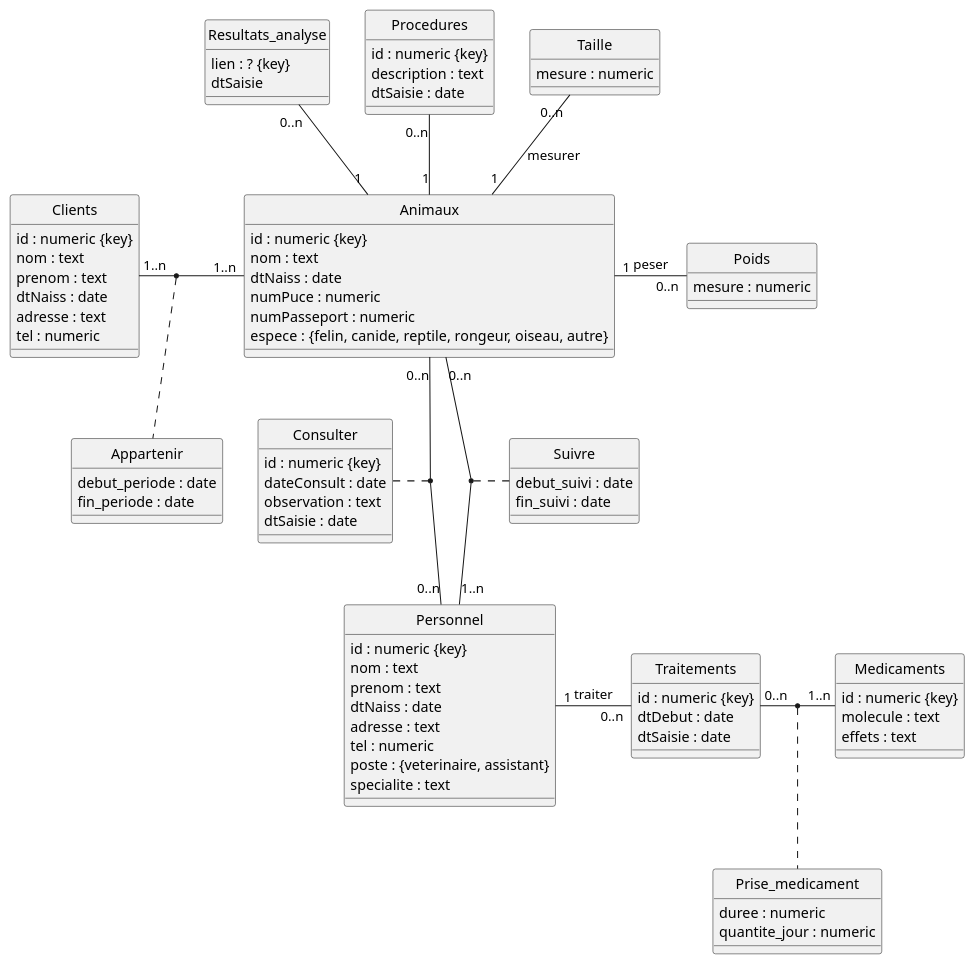
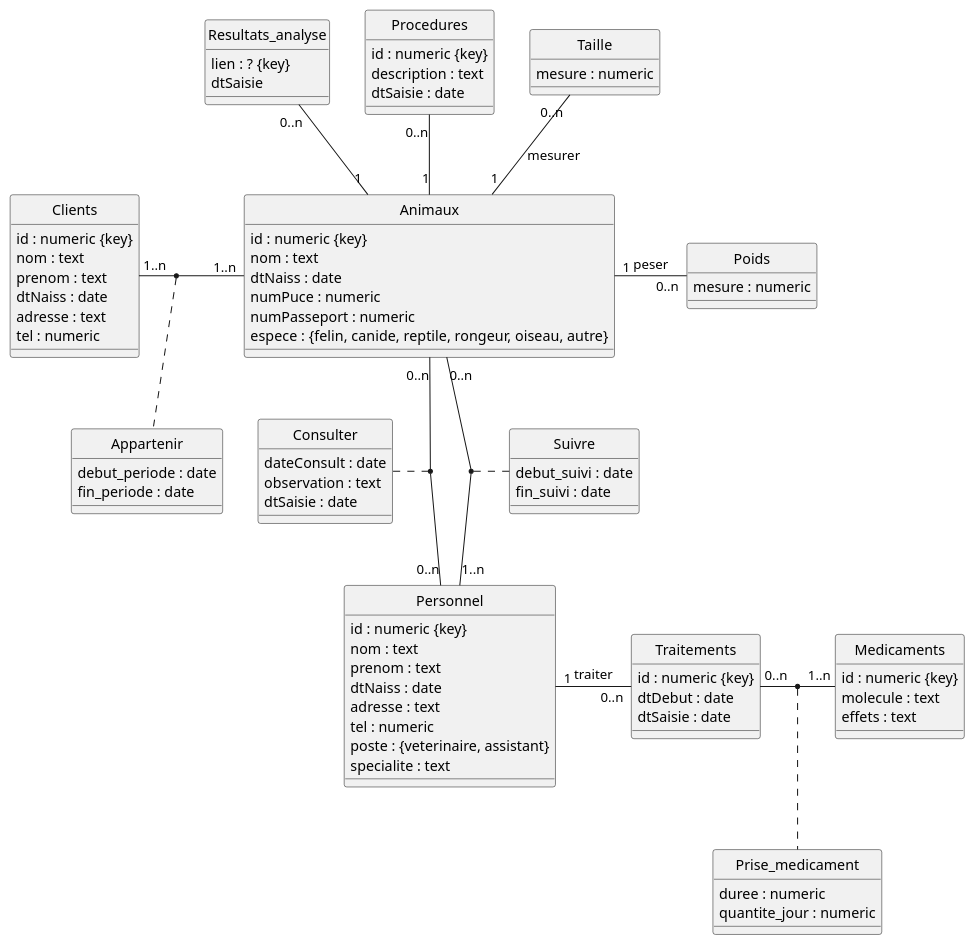
The diagram in veto.plantuml (pltheoclement/nf18v2), drawn with PlantUML before and after one commit.

```diff
--- a/veto.plantuml
+++ b/veto.plantuml
@@ -1,100 +1,99 @@
 @startuml
 hide circle
 
 class Animaux {
   id : numeric {key}
   nom : text
   dtNaiss : date
   numPuce : numeric
   numPasseport : numeric
   espece : {felin, canide, reptile, rongeur, oiseau, autre}
 }
 
 class Clients {
   id : numeric {key}
   nom : text
   prenom : text
   dtNaiss : date
   adresse : text
   tel : numeric
 }
 
 class Personnel {
   id : numeric {key}
   nom : text
   prenom : text
   dtNaiss : date
   adresse : text
   tel : numeric
   poste : {veterinaire, assistant}
   specialite : text
 }
 
 class Medicaments {
   id : numeric {key}
   molecule : text
   effets : text
 }
 
 class Traitements {
   id : numeric {key}
   dtDebut : date
   dtSaisie : date
 }
 
 class Resultats_analyse {
   lien : ? {key}
   dtSaisie
 }
 
 class Consulter {
-  id : numeric {key}
   dateConsult : date
   observation : text
   dtSaisie : date
 }
 
 class Procedures {
   id : numeric {key}
   description : text
   dtSaisie : date
 }
 
 class Poids {
   mesure : numeric
 }
 
 class Taille {
   mesure : numeric
 }
 
 class Appartenir {
   debut_periode : date
   fin_periode : date
 }
 
 class Prise_medicament {
   duree : numeric
   quantite_jour : numeric
 }
 
 class Suivre {
   debut_suivi : date
   fin_suivi : date
 }
 
 Clients "1..n" - "1..n" Animaux
 (Animaux, Clients) .. Appartenir
 Animaux "0..n" - "0..n" Personnel
 (Animaux, Personnel) . Consulter
 Personnel "1" - "0..n" Traitements : traiter
 Animaux "0..n" -- "1..n" Personnel
 (Animaux, Personnel) . Suivre
 Animaux "1" - "0..n" Poids : peser
 Taille "0..n" -- "1" Animaux : mesurer
 Traitements "0..n" - "1..n" Medicaments
 (Medicaments, Traitements) .. Prise_medicament
 Resultats_analyse "0..n" -- "1" Animaux
 Procedures "0..n" -- "1" Animaux
 
 @enduml
```
